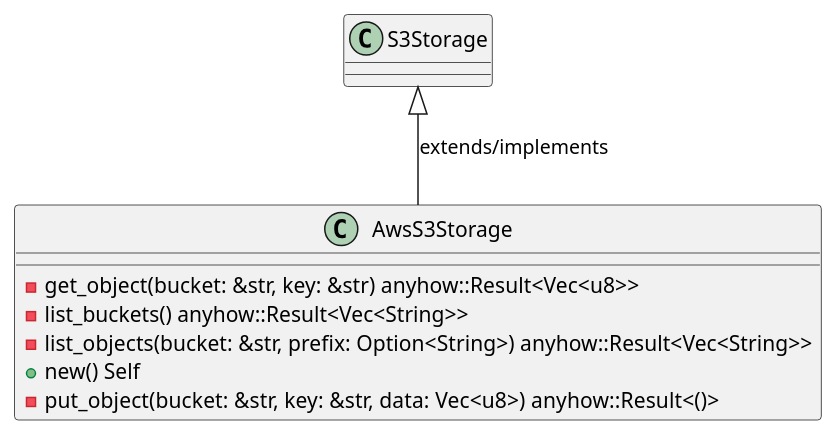
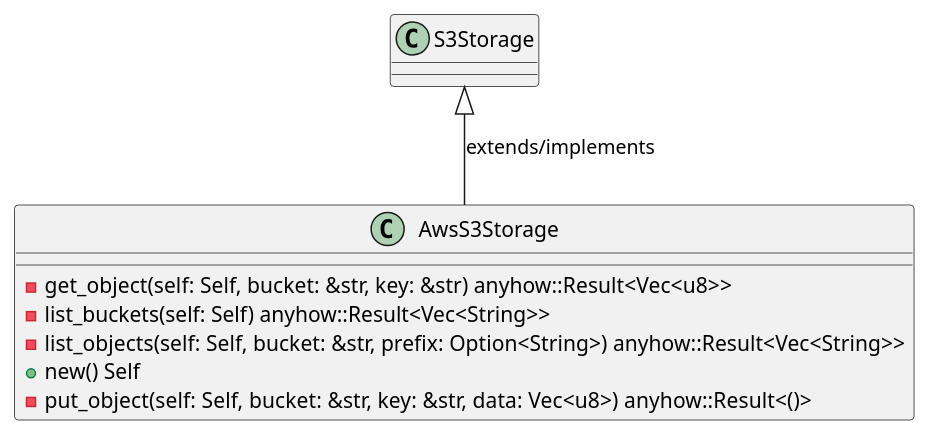
The first of 6 diagrams in openwiki/crates_factory_infrastructure_src_s3.md (lgcorzo/rust_CACD_autonomous_factory), drawn with PlantUML before and after one commit. The commit also changed other lines of this file and 95 other files, not shown here.

````diff
--- a/openwiki/crates_factory_infrastructure_src_s3.md
+++ b/openwiki/crates_factory_infrastructure_src_s3.md
@@ -79,13 +79,13 @@
 ```plantuml
 @startuml
 class AwsS3Storage {
-    -get_object(bucket: &str, key: &str) anyhow::Result<Vec<u8>>
-    -list_buckets() anyhow::Result<Vec<String>>
-    -list_objects(bucket: &str, prefix: Option<String>) anyhow::Result<Vec<String>>
+    -get_object(self: Self, bucket: &str, key: &str) anyhow::Result<Vec<u8>>
+    -list_buckets(self: Self) anyhow::Result<Vec<String>>
+    -list_objects(self: Self, bucket: &str, prefix: Option<String>) anyhow::Result<Vec<String>>
     +new() Self
-    -put_object(bucket: &str, key: &str, data: Vec<u8>) anyhow::Result<()>
+    -put_object(self: Self, bucket: &str, key: &str, data: Vec<u8>) anyhow::Result<()>
 }
 S3Storage <|-- AwsS3Storage : extends/implements
 @enduml
 
 ```
````
